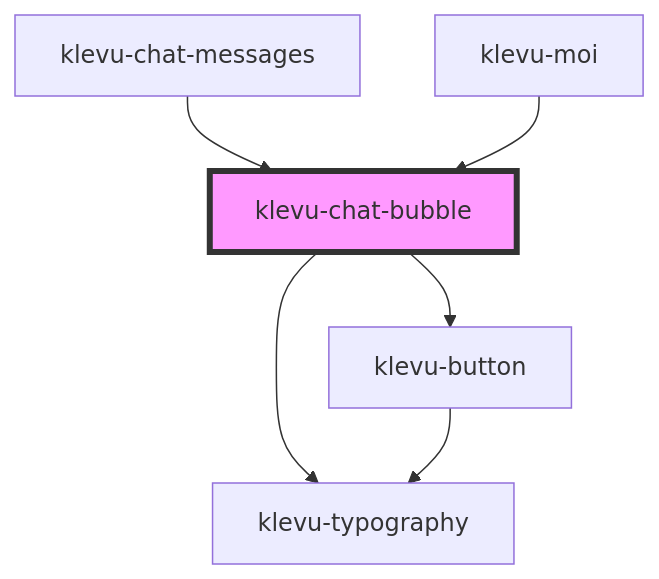
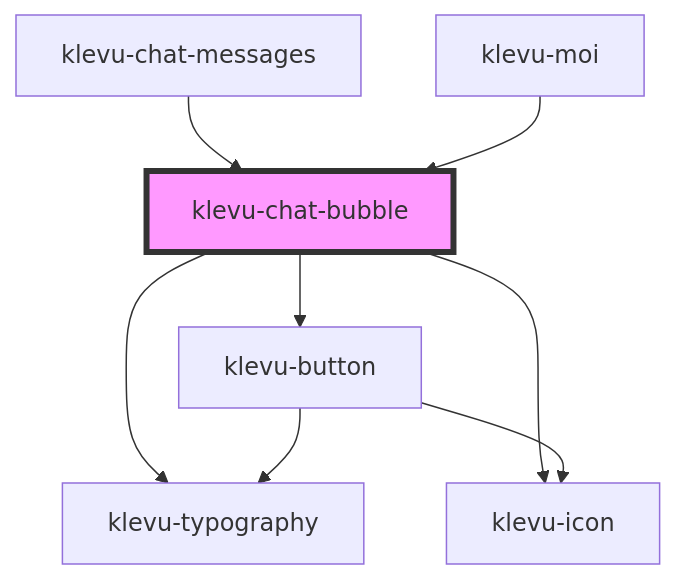
The diagram in packages/klevu-ui/src/components/klevu-chat-bubble/readme.md (klevultd/frontend-sdk), drawn with Mermaid before and after one commit. The commit also changed other lines of this file and 80 other files, not shown here.

Commit message:
Create a klevu-icon component

````diff
--- a/packages/klevu-ui/src/components/klevu-chat-bubble/readme.md
+++ b/packages/klevu-ui/src/components/klevu-chat-bubble/readme.md
@@ -48,9 +42,11 @@
 ```mermaid
 graph TD;
   klevu-chat-bubble --> klevu-typography
+  klevu-chat-bubble --> klevu-icon
   klevu-chat-bubble --> klevu-button
+  klevu-button --> klevu-icon
   klevu-button --> klevu-typography
   klevu-chat-messages --> klevu-chat-bubble
   klevu-moi --> klevu-chat-bubble
   style klevu-chat-bubble fill:#f9f,stroke:#333,stroke-width:4px
 ```
````
